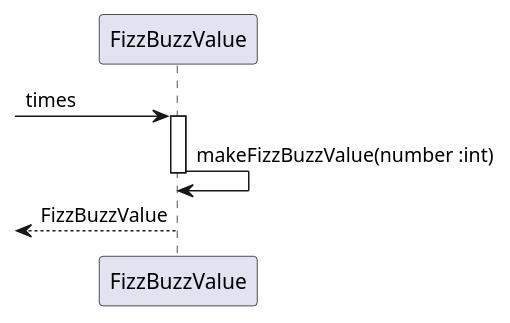
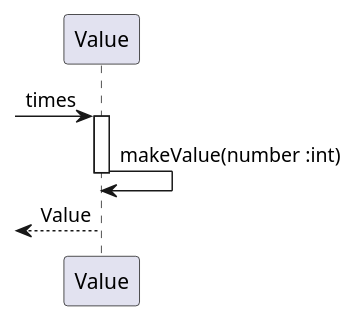
One commit to k2works/etude_for_java changed the third of 8 diagrams in docs/src/fizzbuzz.md. Above: the diagram before and after it, drawn with PlantUML. The commit also changed other lines of this file and 9 other files, not shown here.

First line of the commit message:
FizzBuzz #EFJ-8

````diff
--- a/docs/src/fizzbuzz.md
+++ b/docs/src/fizzbuzz.md
@@ -115,9 +118,9 @@
 ```puml
 @startuml
-   -> FizzBuzzValue :times
-   activate FizzBuzzValue
-      FizzBuzzValue -> FizzBuzzValue :makeFizzBuzzValue(number :int)      
-   deactivate FizzBuzzValue
-   <-- FizzBuzzValue :FizzBuzzValue
+   -> Value :times
+   activate Value
+      Value -> Value :makeValue(number :int)      
+   deactivate Value
+   <-- Value :Value
 @enduml
 ```
````
